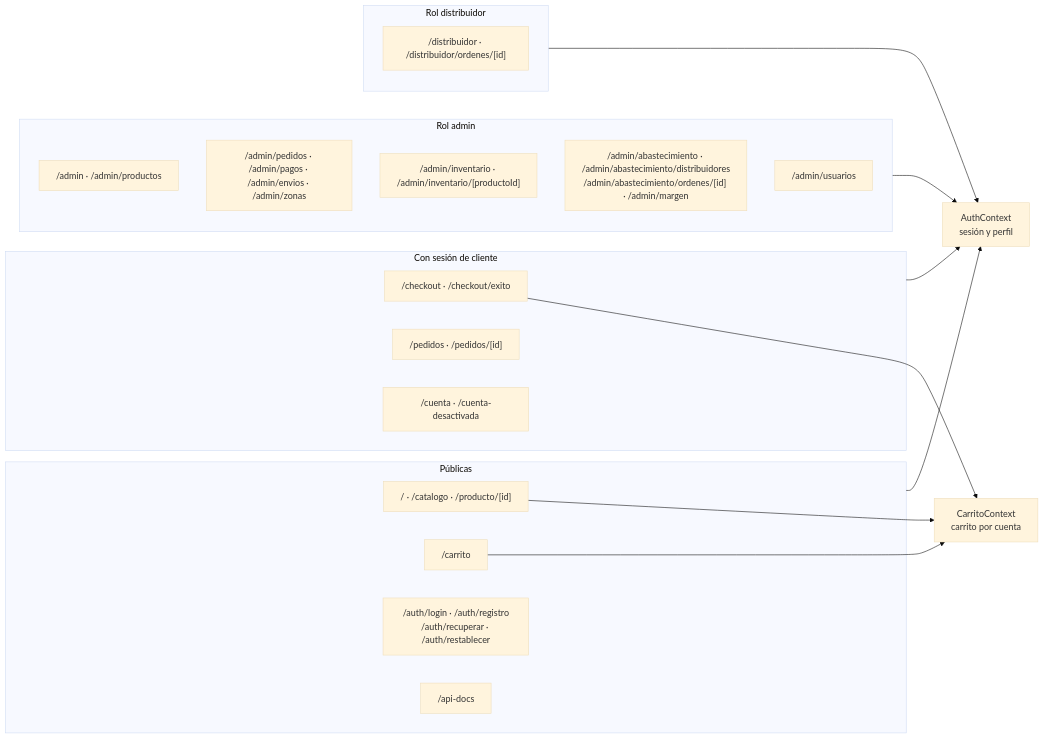
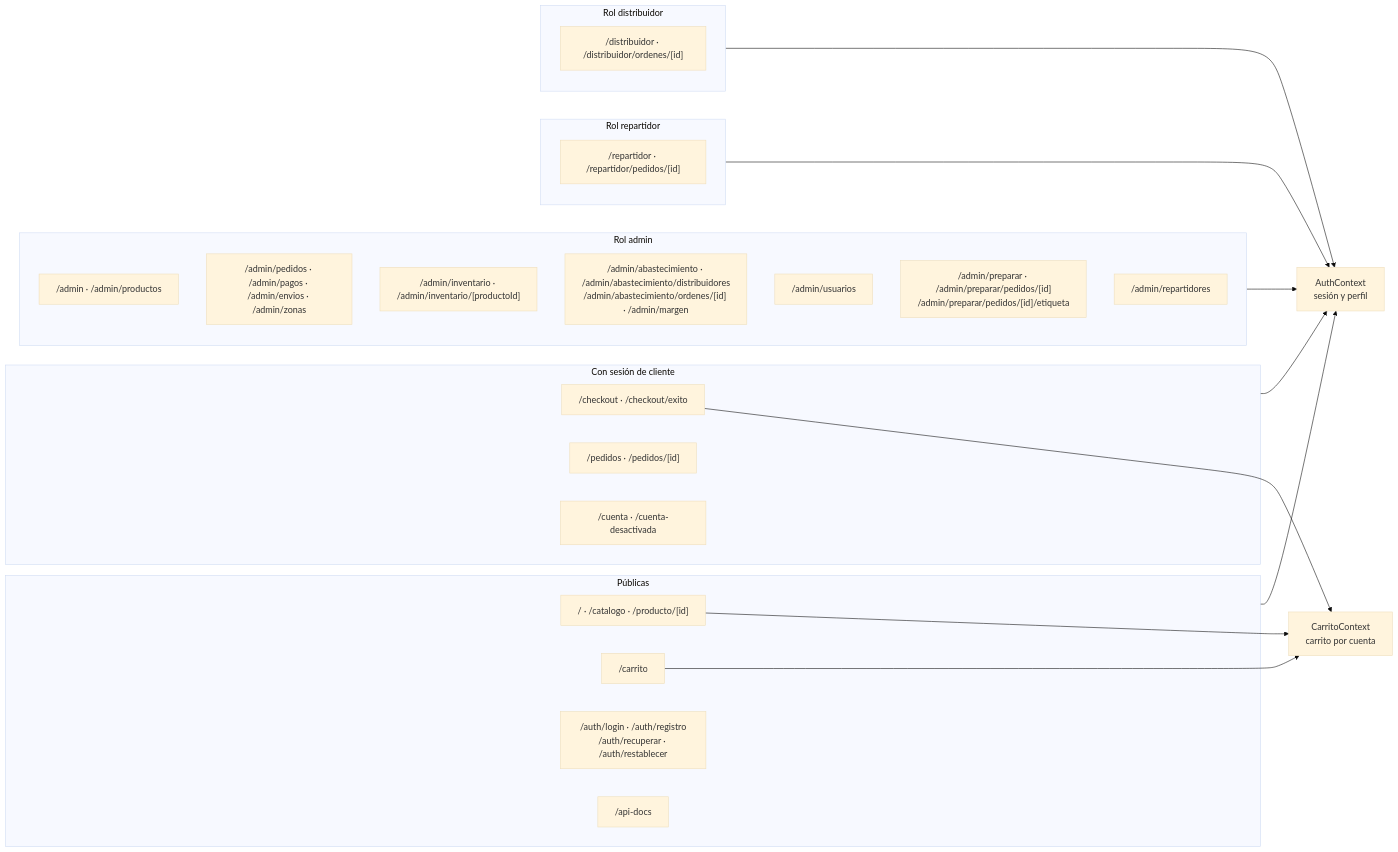
Before and after one commit to Almartinezlima/AML-AgroTech: the second of 3 diagrams in docs/uml/componentes.md, drawn with Mermaid (base theme). The commit also changed other lines of this file and 25 other files, not shown here.

````diff
--- a/docs/uml/componentes.md
+++ b/docs/uml/componentes.md
@@ -62,33 +62,39 @@
 ```mermaid
 flowchart LR
   subgraph PUB["Públicas"]
     P1["/ · /catalogo · /producto/[id]"]
     P2["/carrito"]
     P3["/auth/login · /auth/registro<br/>/auth/recuperar · /auth/restablecer"]
     P4["/api-docs"]
   end
   subgraph CLIENTE["Con sesión de cliente"]
     C1["/checkout · /checkout/exito"]
     C2["/pedidos · /pedidos/[id]"]
     C3["/cuenta · /cuenta-desactivada"]
   end
   subgraph ADMIN["Rol admin"]
     A1["/admin · /admin/productos"]
     A2["/admin/pedidos · /admin/pagos · /admin/envios · /admin/zonas"]
     A3["/admin/inventario · /admin/inventario/[productoId]"]
     A4["/admin/abastecimiento · /admin/abastecimiento/distribuidores<br/>/admin/abastecimiento/ordenes/[id] · /admin/margen"]
     A5["/admin/usuarios"]
+    A6["/admin/preparar · /admin/preparar/pedidos/[id]<br/>/admin/preparar/pedidos/[id]/etiqueta"]
+    A7["/admin/repartidores"]
+  end
+  subgraph REP["Rol repartidor"]
+    R1["/repartidor · /repartidor/pedidos/[id]"]
   end
   subgraph DIST["Rol distribuidor"]
     D1["/distribuidor · /distribuidor/ordenes/[id]"]
   end
   CTXA["AuthContext<br/>sesión y perfil"]
   CTXC["CarritoContext<br/>carrito por cuenta"]
   PUB --> CTXA
   CLIENTE --> CTXA
   ADMIN --> CTXA
   DIST --> CTXA
+  REP --> CTXA
   P2 --> CTXC
   C1 --> CTXC
   P1 --> CTXC
 ```
````
